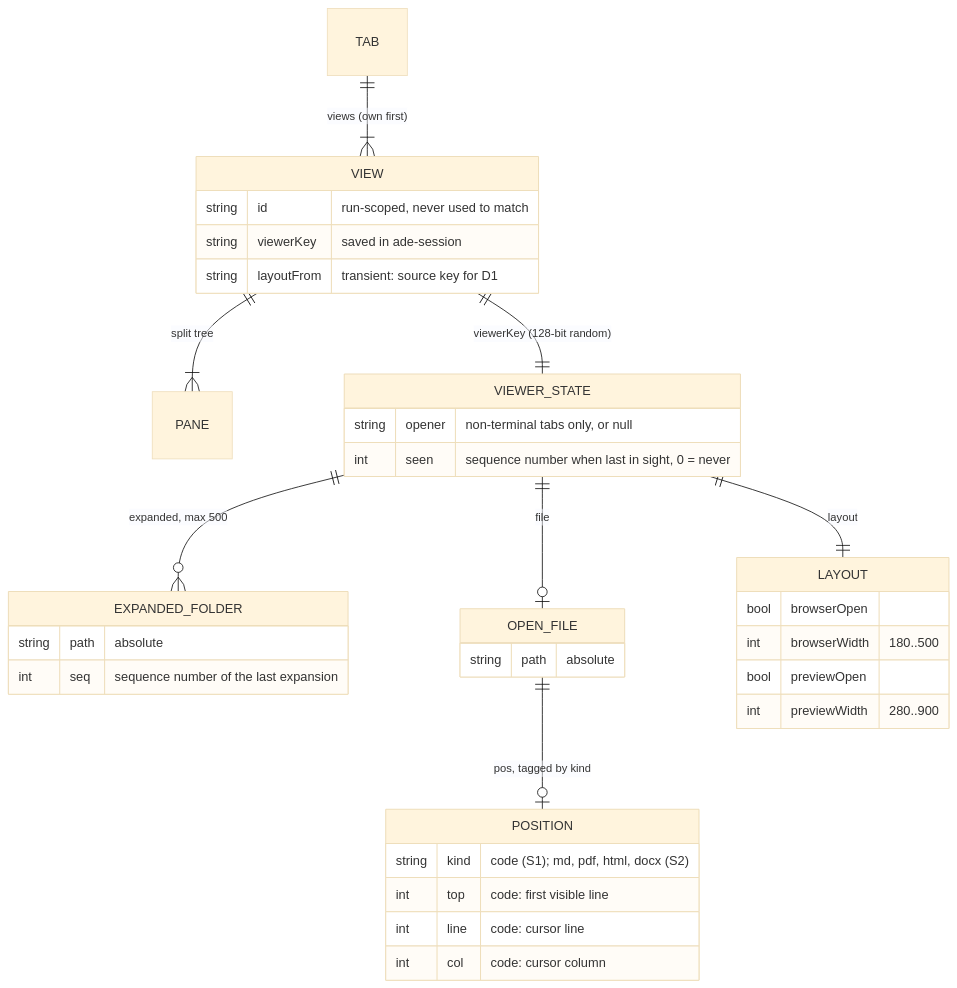
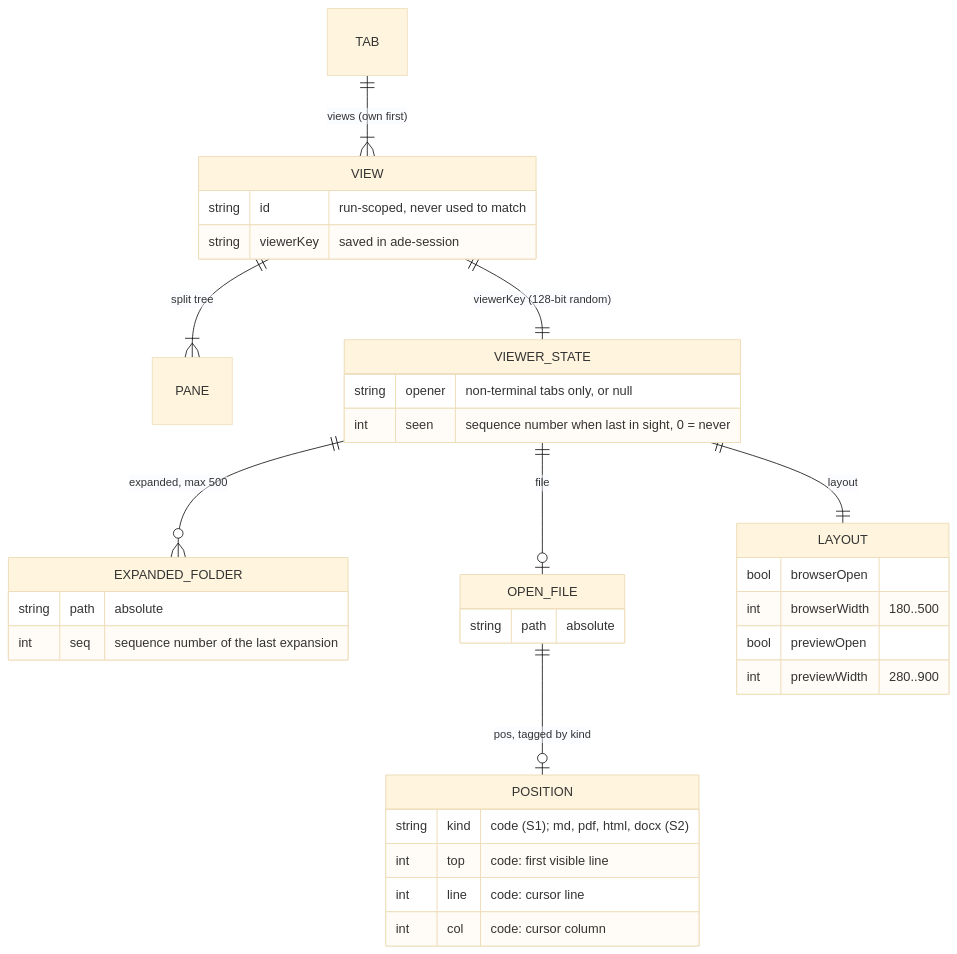
The second of 3 diagrams in docs/superpowers/specs/2026-11-10-per-view-viewer-design.md (alvin-reyes/better-agentic-ide), drawn with Mermaid (base theme) before and after one commit. The commit also changed other lines of this file and 4 other files, not shown here.

````diff
--- a/docs/superpowers/specs/2026-11-10-per-view-viewer-design.md
+++ b/docs/superpowers/specs/2026-11-10-per-view-viewer-design.md
@@ -95,38 +109,37 @@
 ```mermaid
 erDiagram
   TAB ||--|{ VIEW : "views (own first)"
   VIEW ||--|{ PANE : "split tree"
   VIEW ||--|| VIEWER_STATE : "viewerKey (128-bit random)"
   VIEWER_STATE ||--o{ EXPANDED_FOLDER : "expanded, max 500"
   VIEWER_STATE ||--o| OPEN_FILE : "file"
   OPEN_FILE ||--o| POSITION : "pos, tagged by kind"
   VIEWER_STATE ||--|| LAYOUT : "layout"
   VIEW {
     string id "run-scoped, never used to match"
     string viewerKey "saved in ade-session"
-    string layoutFrom "transient: source key for D1"
   }
   VIEWER_STATE {
     string opener "non-terminal tabs only, or null"
     int seen "sequence number when last in sight, 0 = never"
   }
   EXPANDED_FOLDER {
     string path "absolute"
     int seq "sequence number of the last expansion"
   }
   OPEN_FILE {
     string path "absolute"
   }
   POSITION {
     string kind "code (S1); md, pdf, html, docx (S2)"
     int top "code: first visible line"
     int line "code: cursor line"
     int col "code: cursor column"
   }
   LAYOUT {
     bool browserOpen
     int browserWidth "180..500"
     bool previewOpen
     int previewWidth "280..900"
   }
 ```
````
